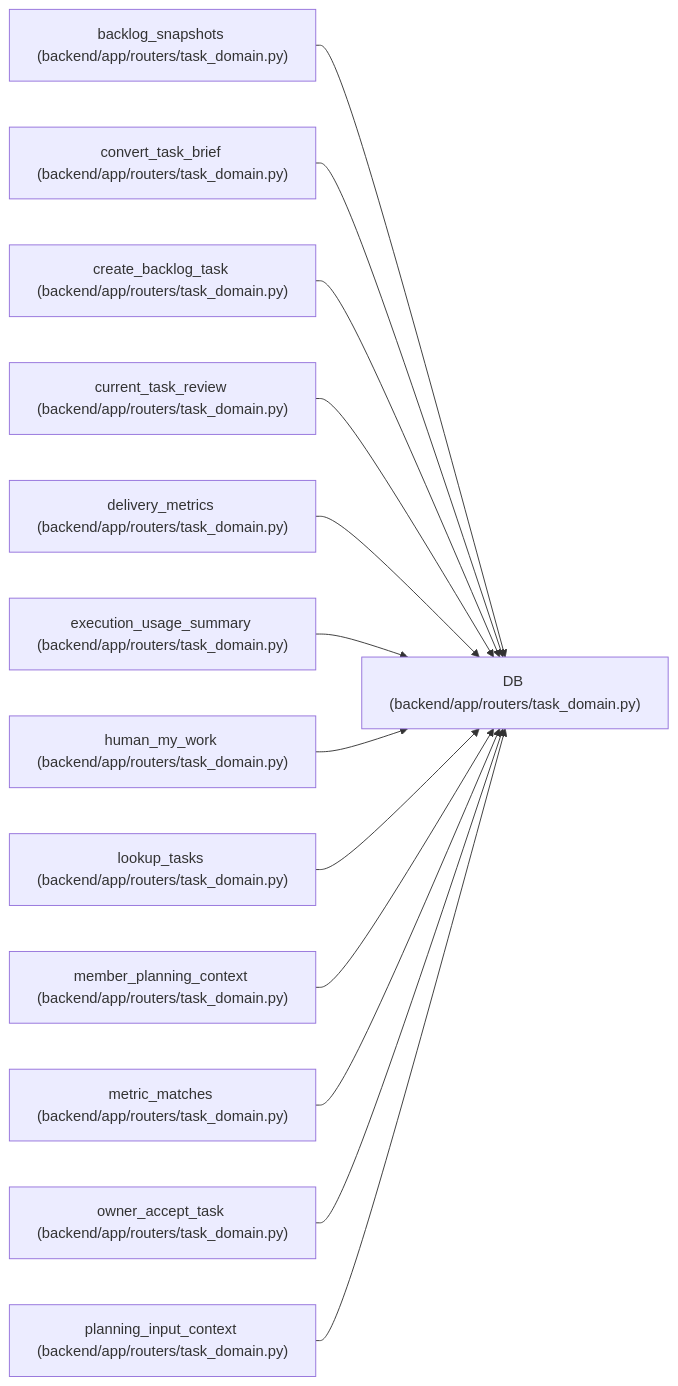
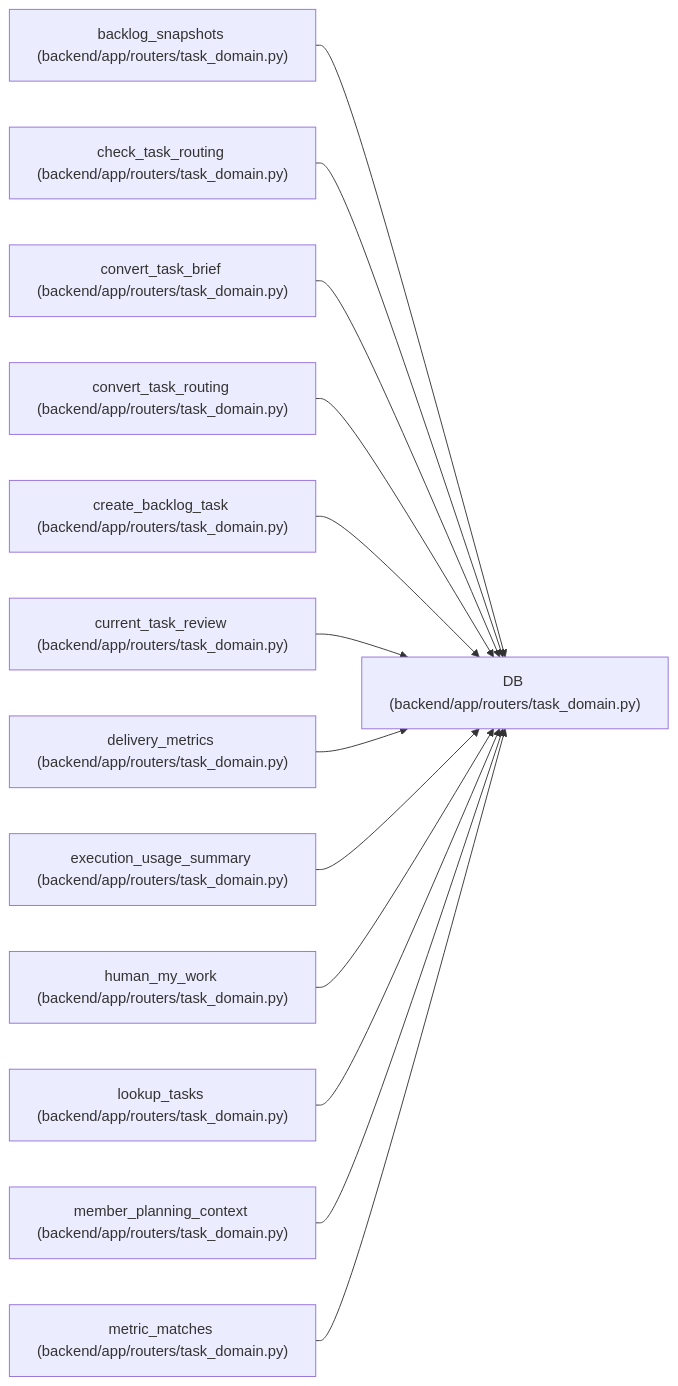
Before and after one commit to Denissvgn/WorkChord: the diagram in docs/llm_wiki/entities/routers_task_domain_DB.md, drawn with Mermaid. The commit also changed other lines of this file and 981 other files, not shown here.

Commit message:
Sync the architectural wiki for structured task routing

````diff
--- a/docs/llm_wiki/entities/routers_task_domain_DB.md
+++ b/docs/llm_wiki/entities/routers_task_domain_DB.md
@@ -24,41 +24,41 @@
 ```mermaid
 flowchart LR
     n0["DB (backend/app/routers/task_domain.py)"]
     n1["backlog_snapshots (backend/app/routers/task_domain.py)"]
-    n2["convert_task_brief (backend/app/routers/task_domain.py)"]
-    n3["create_backlog_task (backend/app/routers/task_domain.py)"]
-    n4["current_task_review (backend/app/routers/task_domain.py)"]
-    n5["delivery_metrics (backend/app/routers/task_domain.py)"]
-    n6["execution_usage_summary (backend/app/routers/task_domain.py)"]
-    n7["human_my_work (backend/app/routers/task_domain.py)"]
-    n8["lookup_tasks (backend/app/routers/task_domain.py)"]
-    n9["member_planning_context (backend/app/routers/task_domain.py)"]
-    n10["metric_matches (backend/app/routers/task_domain.py)"]
-    n11["owner_accept_task (backend/app/routers/task_domain.py)"]
-    n12["planning_input_context (backend/app/routers/task_domain.py)"]
+    n2["check_task_routing (backend/app/routers/task_domain.py)"]
+    n3["convert_task_brief (backend/app/routers/task_domain.py)"]
+    n4["convert_task_routing (backend/app/routers/task_domain.py)"]
+    n5["create_backlog_task (backend/app/routers/task_domain.py)"]
+    n6["current_task_review (backend/app/routers/task_domain.py)"]
+    n7["delivery_metrics (backend/app/routers/task_domain.py)"]
+    n8["execution_usage_summary (backend/app/routers/task_domain.py)"]
+    n9["human_my_work (backend/app/routers/task_domain.py)"]
+    n10["lookup_tasks (backend/app/routers/task_domain.py)"]
+    n11["member_planning_context (backend/app/routers/task_domain.py)"]
+    n12["metric_matches (backend/app/routers/task_domain.py)"]
     n1 --> n0
     n2 --> n0
     n3 --> n0
     n4 --> n0
     n5 --> n0
     n6 --> n0
     n7 --> n0
     n8 --> n0
     n9 --> n0
     n10 --> n0
     n11 --> n0
     n12 --> n0
     click n0 "../modules/routers_task_domain.md"
     click n1 "../modules/routers_task_domain.md"
     click n2 "../modules/routers_task_domain.md"
     click n3 "../modules/routers_task_domain.md"
     click n4 "../modules/routers_task_domain.md"
     click n5 "../modules/routers_task_domain.md"
     click n6 "../modules/routers_task_domain.md"
     click n7 "../modules/routers_task_domain.md"
     click n8 "../modules/routers_task_domain.md"
     click n9 "../modules/routers_task_domain.md"
     click n10 "../modules/routers_task_domain.md"
     click n11 "../modules/routers_task_domain.md"
     click n12 "../modules/routers_task_domain.md"
 ```
````
